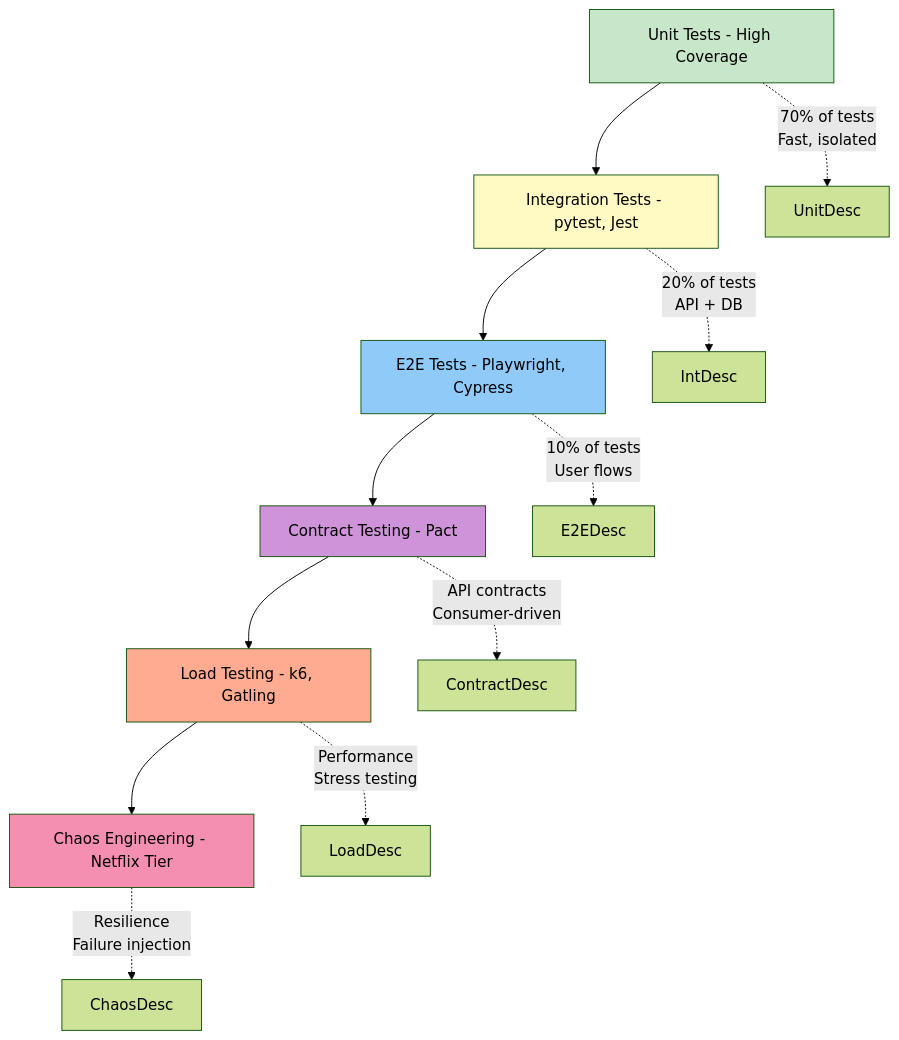
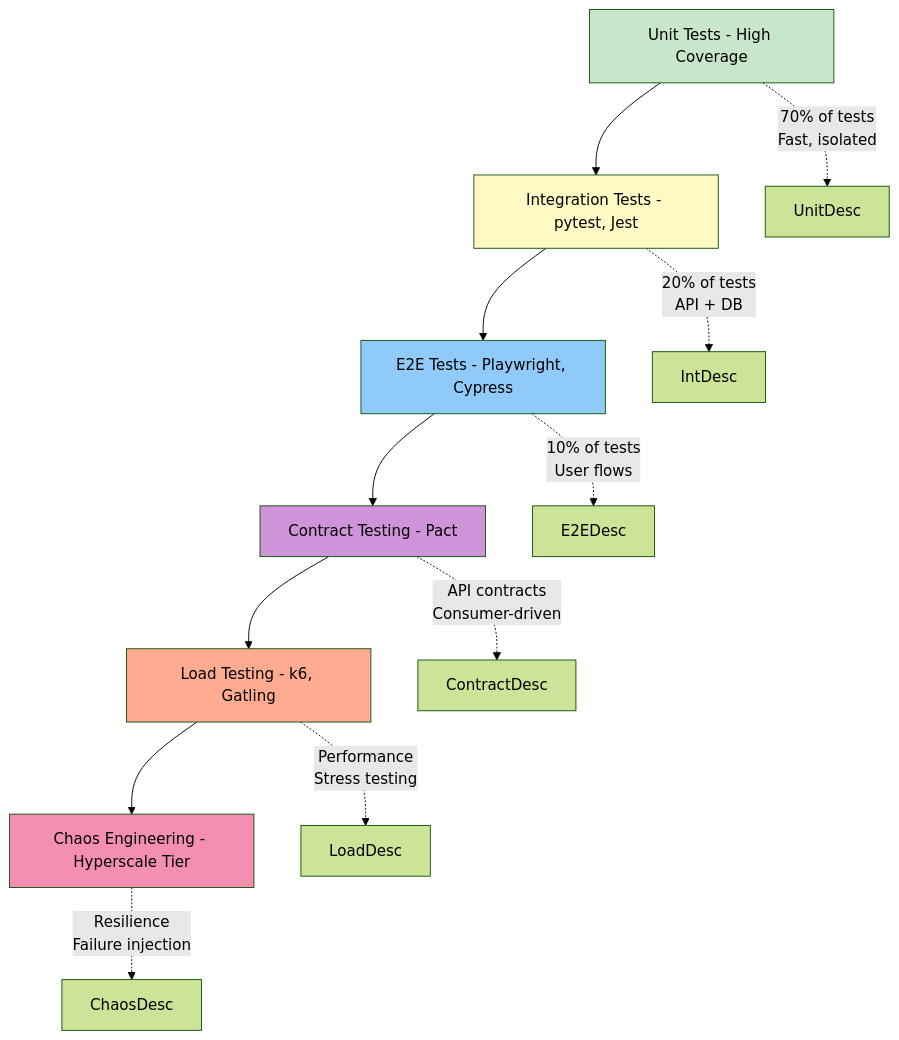
The fourth of 4 diagrams in README.md (vdirienzo/nuevo-proyecto-scaffold), drawn with Mermaid (forest theme) before and after one commit. The commit also changed other lines of this file and 8 other files, not shown here.

First line of the commit message:
refactor: Replace 'Netflix' scale tier with 'Hyperscale'

````diff
--- a/README.md
+++ b/README.md
@@ -589,29 +589,29 @@
 ```mermaid
 graph TB
-    Chaos[Chaos Engineering - Netflix Tier]
+    Chaos[Chaos Engineering - Hyperscale Tier]
     Load[Load Testing - k6, Gatling]
     Contract[Contract Testing - Pact]
     E2E[E2E Tests - Playwright, Cypress]
     Integration[Integration Tests - pytest, Jest]
     Unit[Unit Tests - High Coverage]
 
     Unit --> Integration
     Integration --> E2E
     E2E --> Contract
     Contract --> Load
     Load --> Chaos
 
     Unit -.->|70% of tests<br/>Fast, isolated| UnitDesc
     Integration -.->|20% of tests<br/>API + DB| IntDesc
     E2E -.->|10% of tests<br/>User flows| E2EDesc
     Contract -.->|API contracts<br/>Consumer-driven| ContractDesc
     Load -.->|Performance<br/>Stress testing| LoadDesc
     Chaos -.->|Resilience<br/>Failure injection| ChaosDesc
 
     style Unit fill:#c8e6c9
     style Integration fill:#fff9c4
     style E2E fill:#90caf9
     style Contract fill:#ce93d8
     style Load fill:#ffab91
     style Chaos fill:#f48fb1
 ```
````
